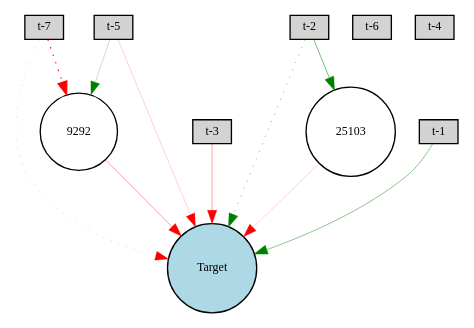
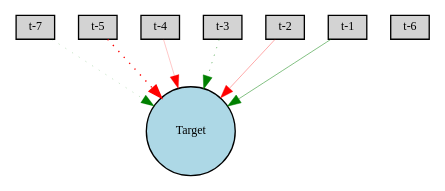
One commit to lafengxiaoyu/ENN changed the diagram in lynx/Digraph.gv. Above: the diagram before and after it, drawn with Graphviz. The commit also changed 13 other files, not shown here.

```diff
--- a/lynx/Digraph.gv
+++ b/lynx/Digraph.gv
@@ -1,23 +1,17 @@
 digraph {
 	node [fontsize=9 height=0.2 shape=circle width=0.2]
 	"t-7" [fillcolor=lightgray shape=box style=filled]
 	"t-6" [fillcolor=lightgray shape=box style=filled]
 	"t-5" [fillcolor=lightgray shape=box style=filled]
 	"t-4" [fillcolor=lightgray shape=box style=filled]
 	"t-3" [fillcolor=lightgray shape=box style=filled]
 	"t-2" [fillcolor=lightgray shape=box style=filled]
 	"t-1" [fillcolor=lightgray shape=box style=filled]
 	Target [fillcolor=lightblue style=filled]
-	9292 [fillcolor=white style=filled]
-	25103 [fillcolor=white style=filled]
-	"t-7" -> Target [color=red penwidth=0.14106672305795742 style=dotted]
-	"t-5" -> Target [color=red penwidth=0.1412355536637156 style=solid]
-	"t-3" -> Target [color=red penwidth=0.2664081476194301 style=solid]
-	"t-2" -> Target [color=green penwidth=0.322464673480393 style=dotted]
-	"t-1" -> Target [color=green penwidth=0.340137647255525 style=solid]
-	"t-5" -> 9292 [color=green penwidth=0.18447582256290423 style=solid]
-	9292 -> Target [color=red penwidth=0.29375541770484936 style=solid]
-	"t-7" -> 9292 [color=red penwidth=0.8559990852263915 style=dotted]
-	"t-2" -> 25103 [color=green penwidth=0.4147450334792928 style=solid]
-	25103 -> Target [color=red penwidth=0.1280282654326745 style=solid]
+	"t-7" -> Target [color=green penwidth=0.15666409965483993 style=dotted]
+	"t-5" -> Target [color=red penwidth=1.063722872556968 style=dotted]
+	"t-4" -> Target [color=red penwidth=0.1680421059247051 style=solid]
+	"t-3" -> Target [color=green penwidth=0.35923579953720153 style=dotted]
+	"t-2" -> Target [color=red penwidth=0.25911496544714707 style=solid]
+	"t-1" -> Target [color=green penwidth=0.3710535094093095 style=solid]
 }
```
